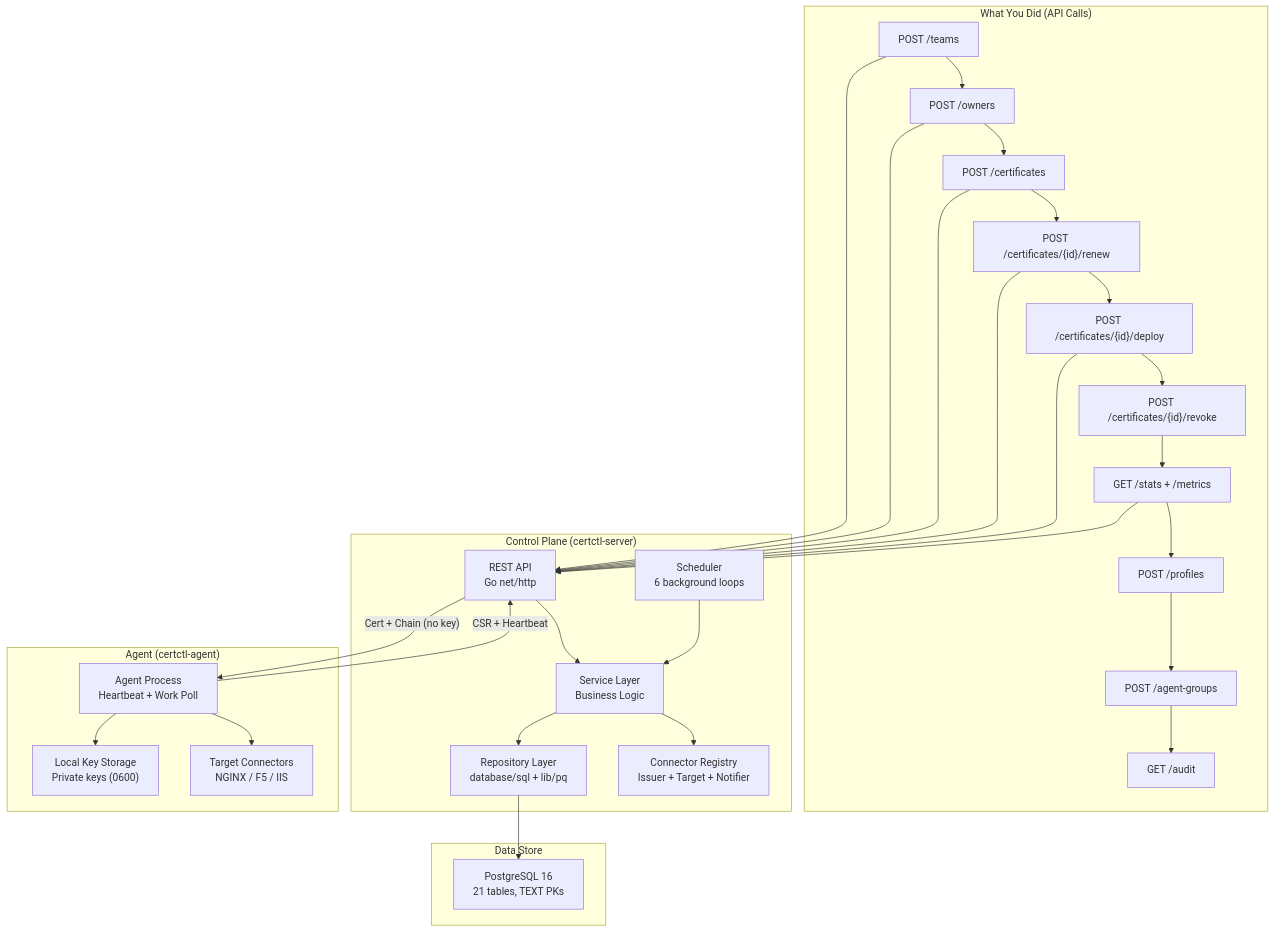
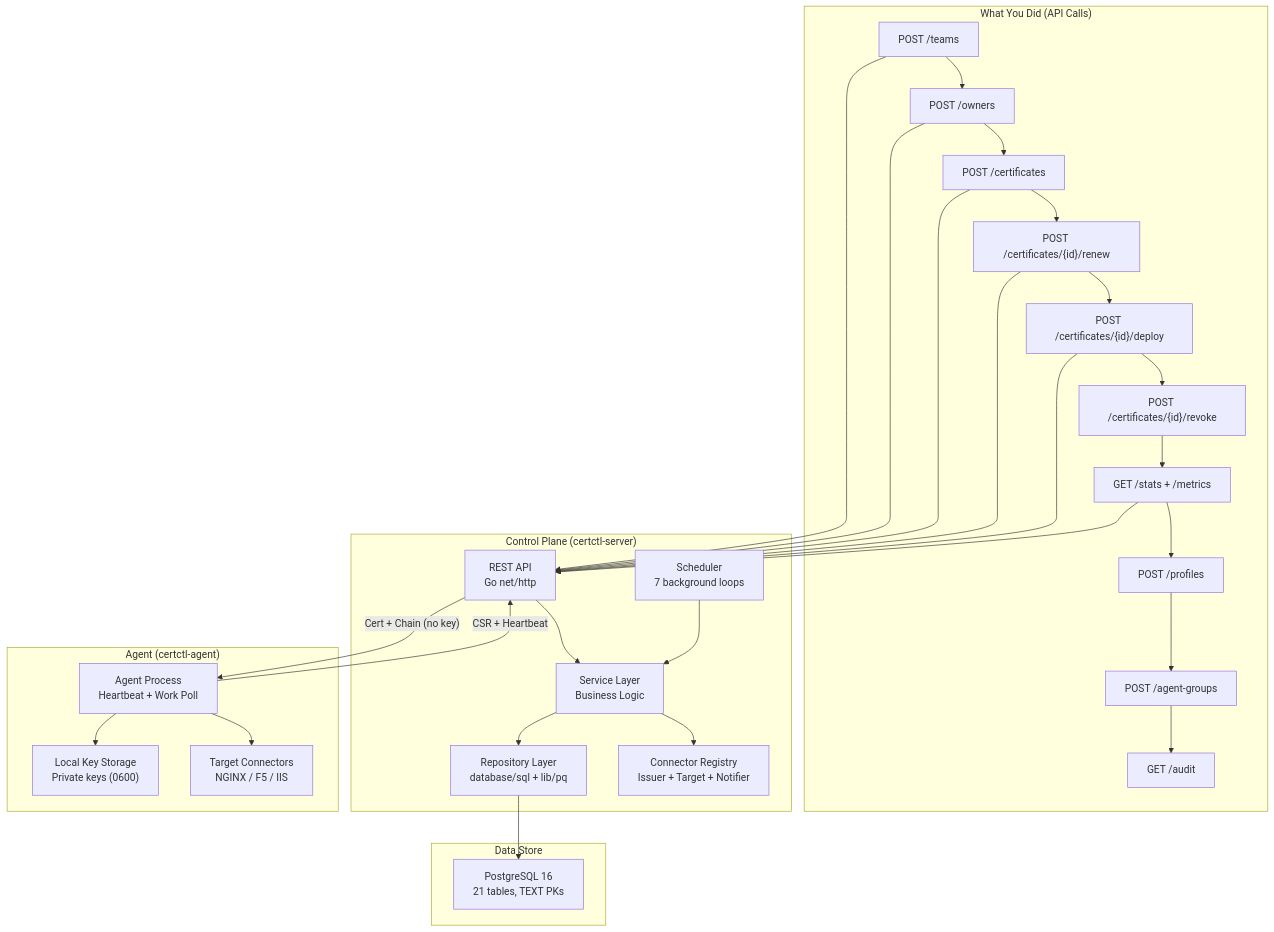
One commit to certctl-io/certctl changed the sixth of 6 diagrams in docs/demo-advanced.md. Above: the diagram before and after it, drawn with Mermaid. The commit also changed 28 other files, not shown here.

````diff
--- a/docs/demo-advanced.md
+++ b/docs/demo-advanced.md
@@ -1138,43 +1138,43 @@
 ```mermaid
 flowchart TB
     subgraph "What You Did (API Calls)"
         U1["POST /teams"] --> U2["POST /owners"]
         U2 --> U3["POST /certificates"]
         U3 --> U4["POST /certificates/{id}/renew"]
         U4 --> U5["POST /certificates/{id}/deploy"]
         U5 --> U5b["POST /certificates/{id}/revoke"]
         U5b --> U6["GET /stats + /metrics"]
         U6 --> U7["POST /profiles"]
         U7 --> U8["POST /agent-groups"]
         U8 --> U9["GET /audit"]
     end
 
     subgraph "Control Plane (certctl-server)"
         API["REST API\nGo net/http"]
         SVC["Service Layer\nBusiness Logic"]
         REPO["Repository Layer\ndatabase/sql + lib/pq"]
-        SCHED["Scheduler\n6 background loops"]
+        SCHED["Scheduler\n7 background loops"]
         CONN["Connector Registry\nIssuer + Target + Notifier"]
     end
 
     subgraph "Data Store"
         PG["PostgreSQL 16\n21 tables, TEXT PKs"]
     end
 
     subgraph "Agent (certctl-agent)"
         AGENT["Agent Process\nHeartbeat + Work Poll"]
         KEYS["Local Key Storage\nPrivate keys (0600)"]
         TC["Target Connectors\nNGINX / F5 / IIS"]
     end
 
     U1 & U2 & U3 & U4 & U5 & U6 --> API
     API --> SVC
     SVC --> REPO
     REPO --> PG
     SVC --> CONN
     SCHED --> SVC
     AGENT -->|"CSR + Heartbeat"| API
     API -->|"Cert + Chain (no key)"| AGENT
     AGENT --> KEYS
     AGENT --> TC
 ```
````
